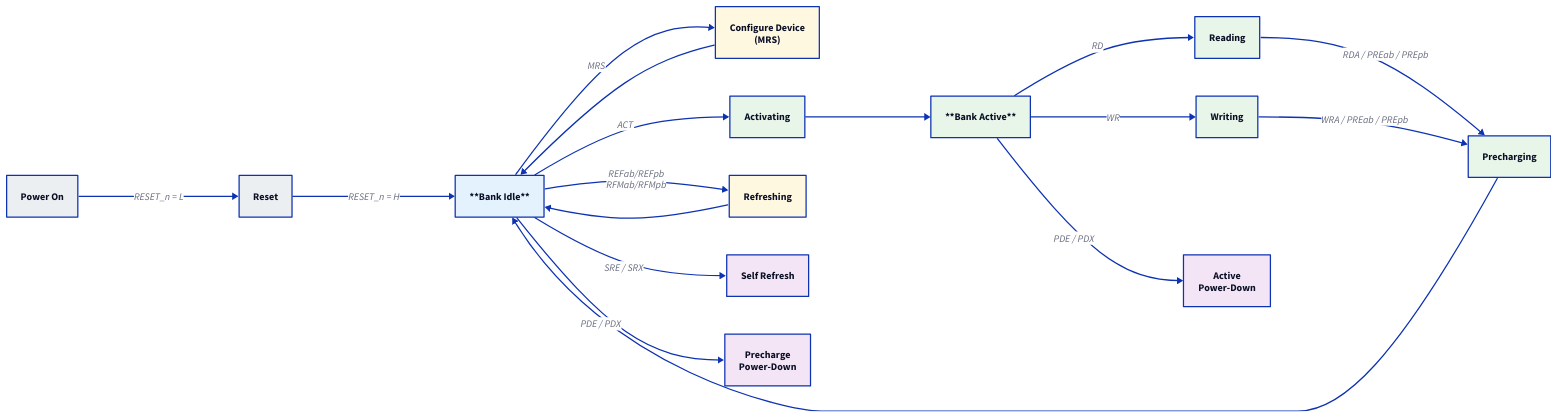
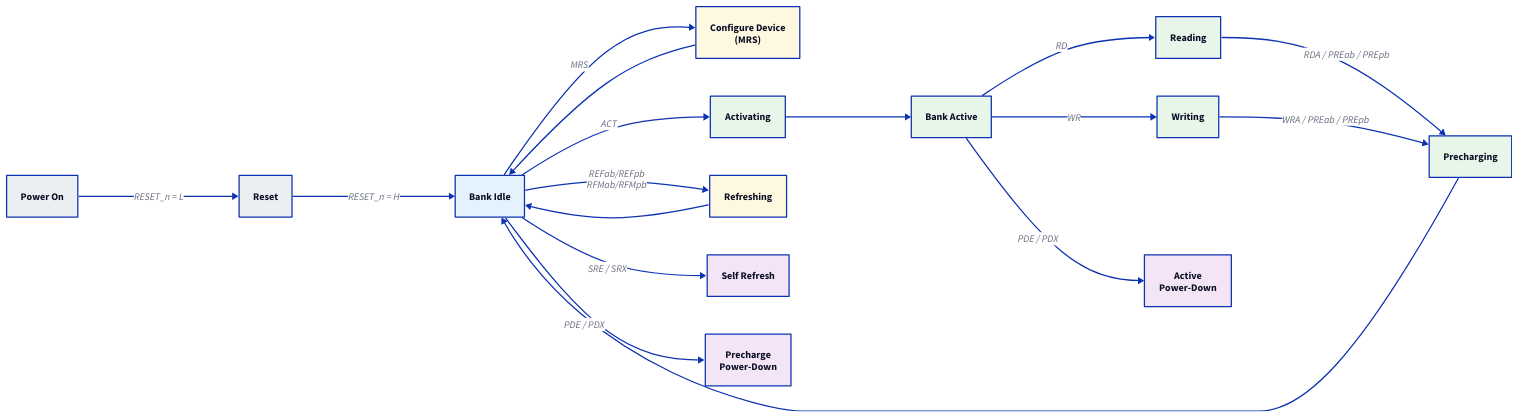
The diagram in starlight_site/src/content/docs/hbm4_jedec_dd/02_addressing_bank_groups.md (humbleowl39/DV_SKOOL), drawn with D2 before and after one commit. The commit also changed 714 other files, not shown here.

First line of the commit message:
fix(site): d2 다이어그램 가독성 결함 6종 일괄 수정

````diff
--- a/starlight_site/src/content/docs/hbm4_jedec_dd/02_addressing_bank_groups.md
+++ b/starlight_site/src/content/docs/hbm4_jedec_dd/02_addressing_bank_groups.md
@@ -154,34 +154,34 @@
 ```d2
 direction: right
 
 PowerOn: "Power On" { style.fill: "#eceff1"; style.font-color: "#0A0F25" }
 Reset: "Reset" { style.fill: "#eceff1"; style.font-color: "#0A0F25" }
 Config: "Configure Device\n(MRS)" { style.fill: "#fff8e1"; style.font-color: "#0A0F25" }
-Idle: "**Bank Idle**" { style.fill: "#e3f2fd"; style.font-color: "#0A0F25" }
+Idle: "Bank Idle" { style.fill: "#e3f2fd"; style.font-color: "#0A0F25" }
 Activating: "Activating" { style.fill: "#e8f5e9"; style.font-color: "#0A0F25" }
-BankActive: "**Bank Active**" { style.fill: "#e8f5e9"; style.font-color: "#0A0F25" }
+BankActive: "Bank Active" { style.fill: "#e8f5e9"; style.font-color: "#0A0F25" }
 Reading: "Reading" { style.fill: "#e8f5e9"; style.font-color: "#0A0F25" }
 Writing: "Writing" { style.fill: "#e8f5e9"; style.font-color: "#0A0F25" }
 Precharging: "Precharging" { style.fill: "#e8f5e9"; style.font-color: "#0A0F25" }
 Refreshing: "Refreshing" { style.fill: "#fff8e1"; style.font-color: "#0A0F25" }
 SelfRefresh: "Self Refresh" { style.fill: "#f3e5f5"; style.font-color: "#0A0F25" }
 PrePD: "Precharge\nPower-Down" { style.fill: "#f3e5f5"; style.font-color: "#0A0F25" }
 ActPD: "Active\nPower-Down" { style.fill: "#f3e5f5"; style.font-color: "#0A0F25" }
 
 PowerOn -> Reset: "RESET_n = L"
 Reset -> Idle: "RESET_n = H"
 Idle -> Config: "MRS"
 Config -> Idle
 Idle -> SelfRefresh: "SRE / SRX"
 Idle -> PrePD: "PDE / PDX"
 Idle -> Refreshing: "REFab/REFpb\nRFMab/RFMpb"
 Refreshing -> Idle
 Idle -> Activating: "ACT"
 Activating -> BankActive
 BankActive -> Reading: "RD"
 BankActive -> Writing: "WR"
 BankActive -> ActPD: "PDE / PDX"
 Reading -> Precharging: "RDA / PREab / PREpb"
 Writing -> Precharging: "WRA / PREab / PREpb"
 Precharging -> Idle
 ```
````
